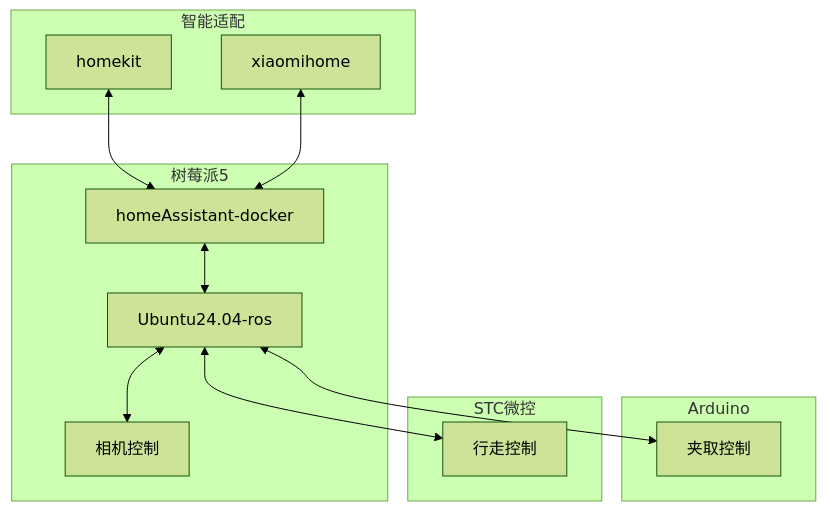
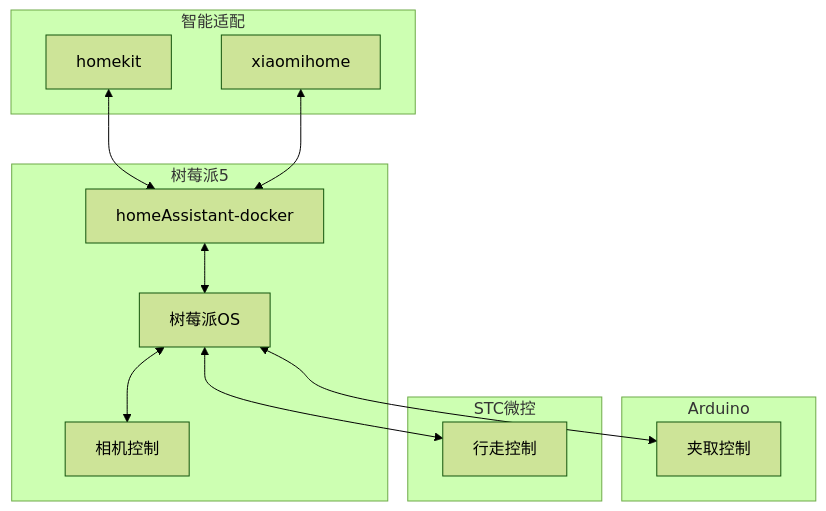
One commit to zhoufx2025/iottoy changed the third of 3 diagrams in README.md. Above: the diagram before and after it, drawn with Mermaid (forest theme). The commit also changed other lines of this file, not shown here.

````diff
--- a/README.md
+++ b/README.md
@@ -62,21 +68,21 @@
   ```mermaid
   graph TD
       A[homekit] <--> B[homeAssistant-docker]
       C[xiaomihome] <--> B
       subgraph 智能适配
           A
           C
       end
       subgraph 树莓派5
-          B <--> D[Ubuntu24.04-ros]
+          B <--> D[树莓派OS]
           D <--> E[相机控制]
       end
       D <--> F[夹取控制]
       D <--> G[行走控制]
       subgraph Arduino
           F
       end
       subgraph STC微控
           G
       end
   ```
````
